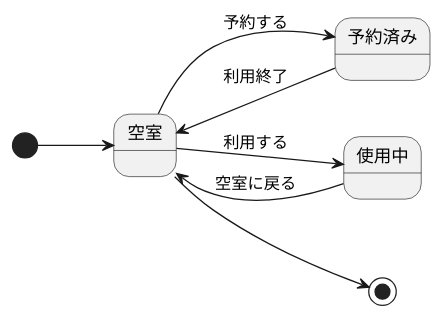
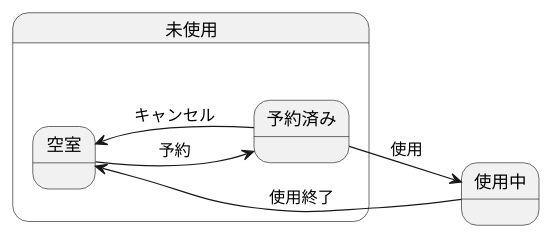
The diagram in 演習6-2_SD_部屋オブジェクト.pu (github-use-a/uml-introduction), drawn with PlantUML before and after one commit.

Commit message:
作成

```diff
--- a/演習6-2_SD_部屋オブジェクト.pu
+++ b/演習6-2_SD_部屋オブジェクト.pu
@@ -1,9 +1,12 @@
 @startuml 部屋オブジェクト
 left to right direction
-[*] --> 空室
-空室--> 予約済み: 予約する
-空室--> 使用中 : 利用する
-予約済み--> 空室 : 利用終了
-使用中--> 空室 : 空室に戻る
-空室 --> [*]
+state 未使用 {
+  空室 --> 予約済み : 予約
+  予約済み --> 空室 : キャンセル
+}
+state 使用中{
+予約済み --> 使用中 : 使用
+使用中 --> 空室 : 使用終了
+}
+
 @enduml
```
